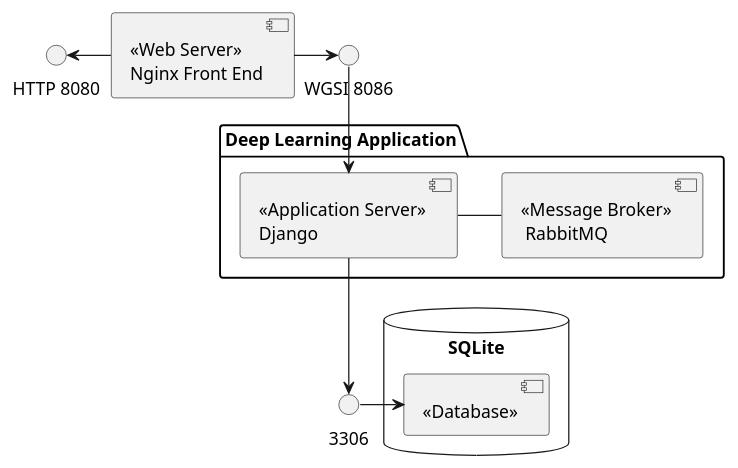
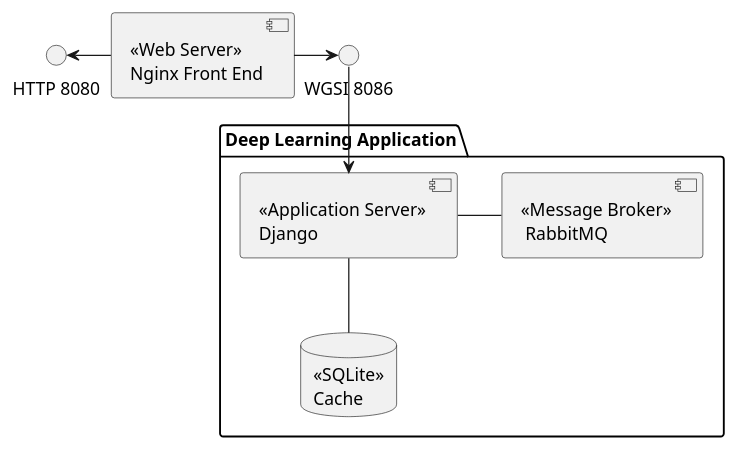
One commit to rachit-ranjan16/Kiera changed the diagram in design/ComponentDiag.pu. Above: the diagram before and after it, drawn with PlantUML. The commit also changed 5 other files, not shown here.

Commit message:
Updated Design  - Sequence Diagram  - Component Diagram Refactoring Version Bump up

```diff
--- a/design/ComponentDiag.pu
+++ b/design/ComponentDiag.pu
@@ -1,22 +1,19 @@
 @startuml
 
 [<<Web Server>>\nNginx Front End] as Nginx
 
 package "Deep Learning Application" {
     [<<Application Server>>\nDjango] as Django
     [<<Message Broker>>\n RabbitMQ] as MB
+    database "<<SQLite>>\nCache" as DB
 }
-database "SQLite" {
- [<<Database>>] as DB
-}
+
 interface "HTTP 8080" as HTTP
 interface "WGSI 8086" as DjServer
-interface "3306" as DBPort
 Nginx -left-> HTTP
 Nginx -right-> DjServer
 DjServer -down-> Django
-Django -down-> DBPort
 Django -right- MB
-DBPort -right-> DB
+Django -down- DB
 
 @enduml
```
